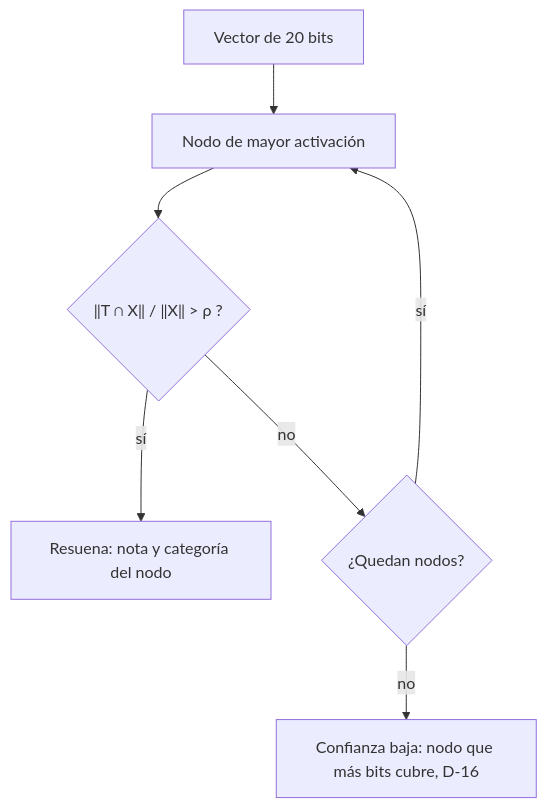
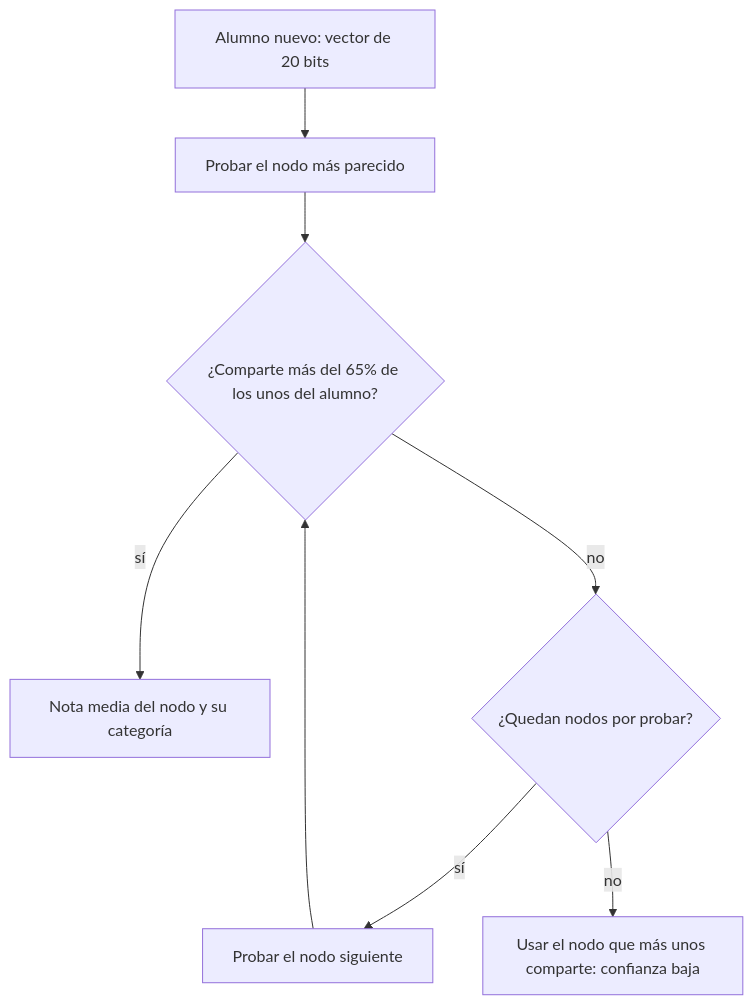
The second of 2 diagrams in README.md (juan-mrtn/tfi-ia-prediccion-examenes), drawn with Mermaid before and after one commit. The commit also changed other lines of this file and 2 other files, not shown here.

First line of the commit message:
README: explicar en palabras simples cómo se predice un alumno nuevo; dejar de versionar CLAUDE.md

````diff
--- a/README.md
+++ b/README.md
@@ -60,9 +70,9 @@
 ```mermaid
 flowchart TD
-    X[Vector de 20 bits] --> N[Nodo de mayor activación]
-    N --> V{"‖T ∩ X‖ / ‖X‖ > ρ ?"}
-    V -- sí --> R[Resuena: nota y categoría del nodo]
-    V -- no --> S{¿Quedan nodos?}
-    S -- sí --> N
-    S -- no --> L[Confianza baja: nodo que más bits cubre, D-16]
+    X[Alumno nuevo: vector de 20 bits] --> N[Probar el nodo más parecido]
+    N --> V{"¿Comparte más del 65% de los unos del alumno?"}
+    V -- sí --> R[Nota media del nodo y su categoría]
+    V -- no --> S{¿Quedan nodos por probar?}
+    S -- sí --> N2[Probar el nodo siguiente] --> V
+    S -- no --> L[Usar el nodo que más unos comparte: confianza baja]
 ```
````
